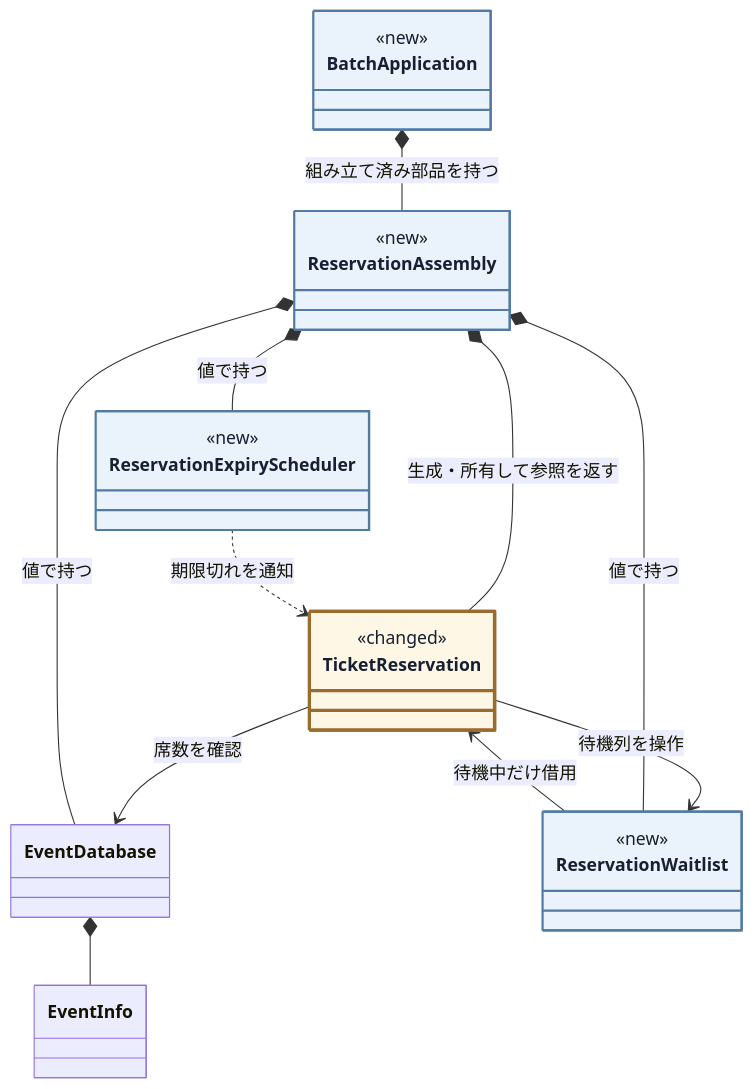
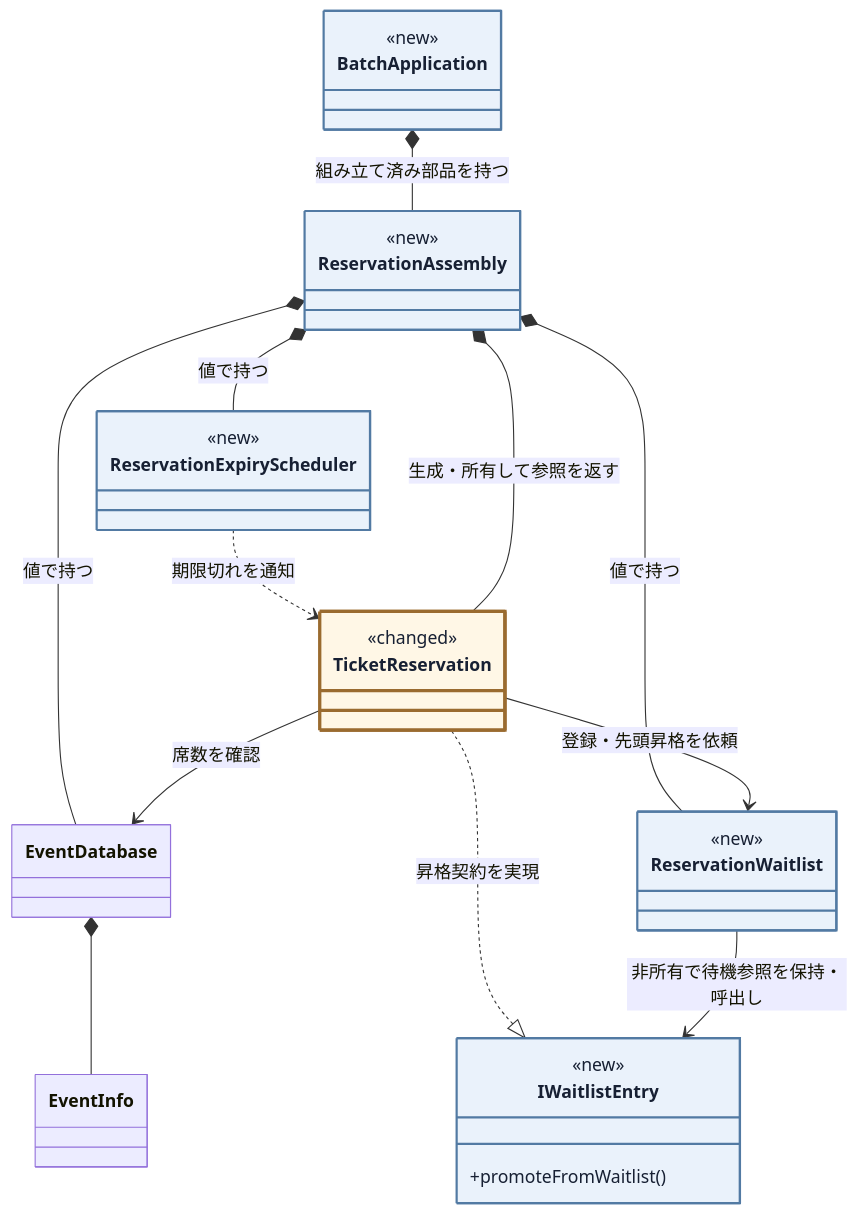
One commit to kumachan1101-pixel/DesignPattern changed diagram 19 of 24 in kindle/design-patterns/books/volume01-core-patterns/output/04-chapter02.md. Above: the diagram before and after it, drawn with Mermaid. The commit also changed other lines of this file and 17 other files, not shown here.

````diff
--- a/kindle/design-patterns/books/volume01-core-patterns/output/04-chapter02.md
+++ b/kindle/design-patterns/books/volume01-core-patterns/output/04-chapter02.md
@@ -1814,34 +1977,40 @@
 ```mermaid
 classDiagram
     direction TB
     class TicketReservation:::touched {
         <<changed>>
     }
     class EventDatabase
     class EventInfo
     class ReservationWaitlist:::added {
         <<new>>
     }
+    class IWaitlistEntry:::added {
+        <<new>>
+        <<interface>>
+        +promoteFromWaitlist()
+    }
     class ReservationExpiryScheduler:::added {
         <<new>>
     }
     class ReservationAssembly:::added {
         <<new>>
     }
     class BatchApplication:::added {
         <<new>>
     }
     TicketReservation --> EventDatabase : 席数を確認
-    TicketReservation --> ReservationWaitlist : 待機列を操作
-    ReservationWaitlist --> TicketReservation : 待機中だけ借用
+    IWaitlistEntry <|.. TicketReservation : 昇格契約を実現
+    TicketReservation --> ReservationWaitlist : 登録・先頭昇格を依頼
+    ReservationWaitlist --> IWaitlistEntry : 非所有で待機参照を保持・呼出し
     EventDatabase *-- EventInfo
     ReservationAssembly *-- TicketReservation : 生成・所有して参照を返す
     ReservationAssembly *-- EventDatabase : 値で持つ
     ReservationAssembly *-- ReservationWaitlist : 値で持つ
     ReservationAssembly *-- ReservationExpiryScheduler : 値で持つ
     BatchApplication *-- ReservationAssembly : 組み立て済み部品を持つ
     ReservationExpiryScheduler ..> TicketReservation : 期限切れを通知
 
     classDef added fill:#eaf2fb,stroke:#527aa3,stroke-width:2px,color:#172033;
     classDef touched fill:#fff7e6,stroke:#9a6b2f,stroke-width:3px,color:#172033;
 ```
````
